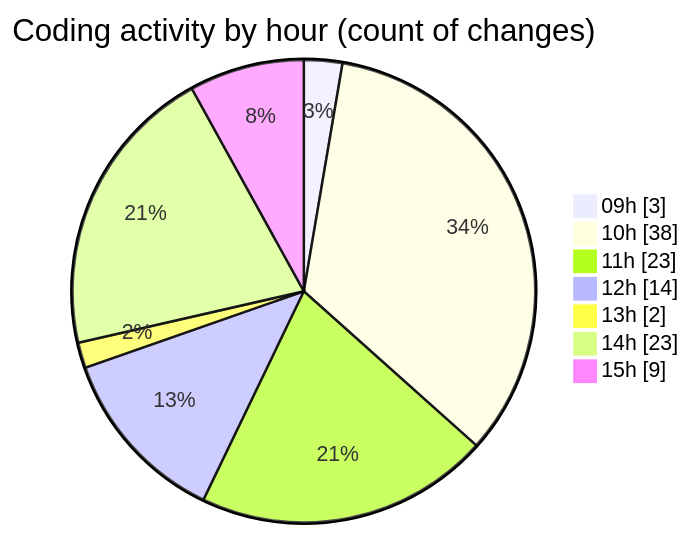
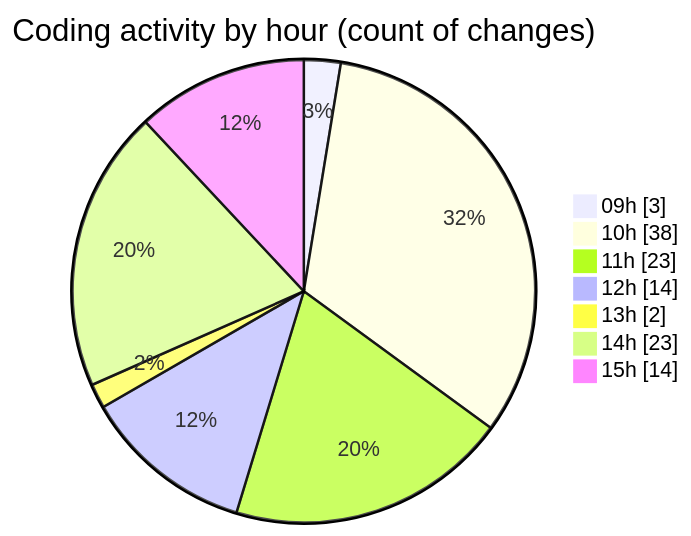
The second of 2 diagrams in 2025-11-19/cda/README.md (momahboobian/code-tracking), drawn with Mermaid before and after one commit. The commit also changed other lines of this file and 1 other file, not shown here.

````diff
--- a/2025-11-19/cda/README.md
+++ b/2025-11-19/cda/README.md
@@ -33,11 +33,11 @@
 ```mermaid
 pie showData
 title Coding activity by hour (count of changes)
 "09h" : 3
 "10h" : 38
 "11h" : 23
 "12h" : 14
 "13h" : 2
 "14h" : 23
-"15h" : 9
+"15h" : 14
 ```
````
